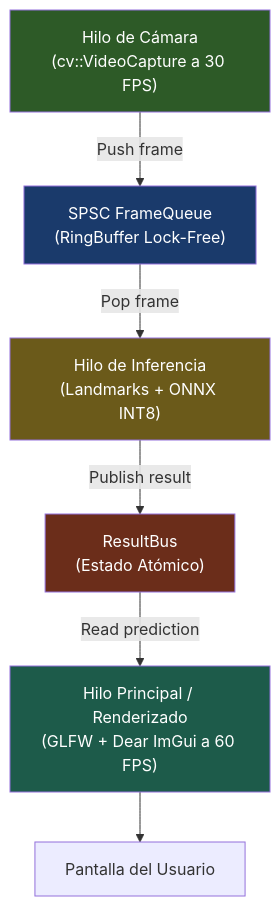
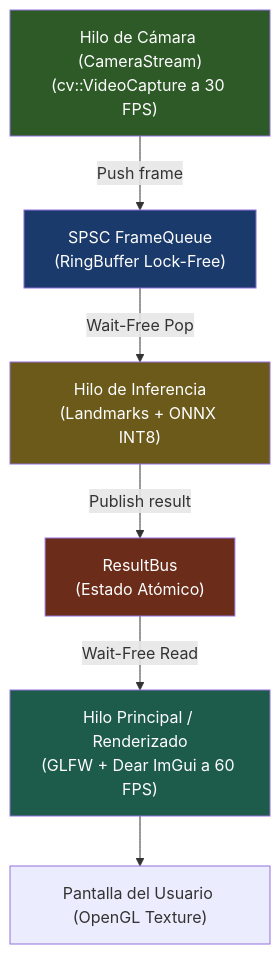
The diagram in Obsidian_exp/Explicacion del codigo/Frontend.md (Salf423/expresat), drawn with Mermaid before and after one commit. The commit also changed other lines of this file and 152 other files, not shown here.

````diff
--- a/Obsidian_exp/Explicacion del codigo/Frontend.md
+++ b/Obsidian_exp/Explicacion del codigo/Frontend.md
@@ -58,20 +58,20 @@
 ```mermaid
 flowchart TD
-    CamThread["Hilo de Cámara\n(cv::VideoCapture a 30 FPS)"]
+    CamThread["Hilo de Cámara (CameraStream)\n(cv::VideoCapture a 30 FPS)"]
     Queue["SPSC FrameQueue\n(RingBuffer Lock-Free)"]
     InfThread["Hilo de Inferencia\n(Landmarks + ONNX INT8)"]
     Bus["ResultBus\n(Estado Atómico)"]
     RenderThread["Hilo Principal / Renderizado\n(GLFW + Dear ImGui a 60 FPS)"]
 
     CamThread -->|"Push frame"| Queue
-    Queue -->|"Pop frame"| InfThread
+    Queue -->|"Wait-Free Pop"| InfThread
     InfThread -->|"Publish result"| Bus
-    Bus -->|"Read prediction"| RenderThread
-    RenderThread --> Screen["Pantalla del Usuario"]
+    Bus -->|"Wait-Free Read"| RenderThread
+    RenderThread --> Screen["Pantalla del Usuario (OpenGL Texture)"]
 
     style CamThread fill:#2d5a27,color:#fff
     style Queue fill:#1a3a6b,color:#fff
     style InfThread fill:#6b5a1a,color:#fff
     style Bus fill:#6b2d1a,color:#fff
     style RenderThread fill:#1d5b4a,color:#fff
 ```
````
